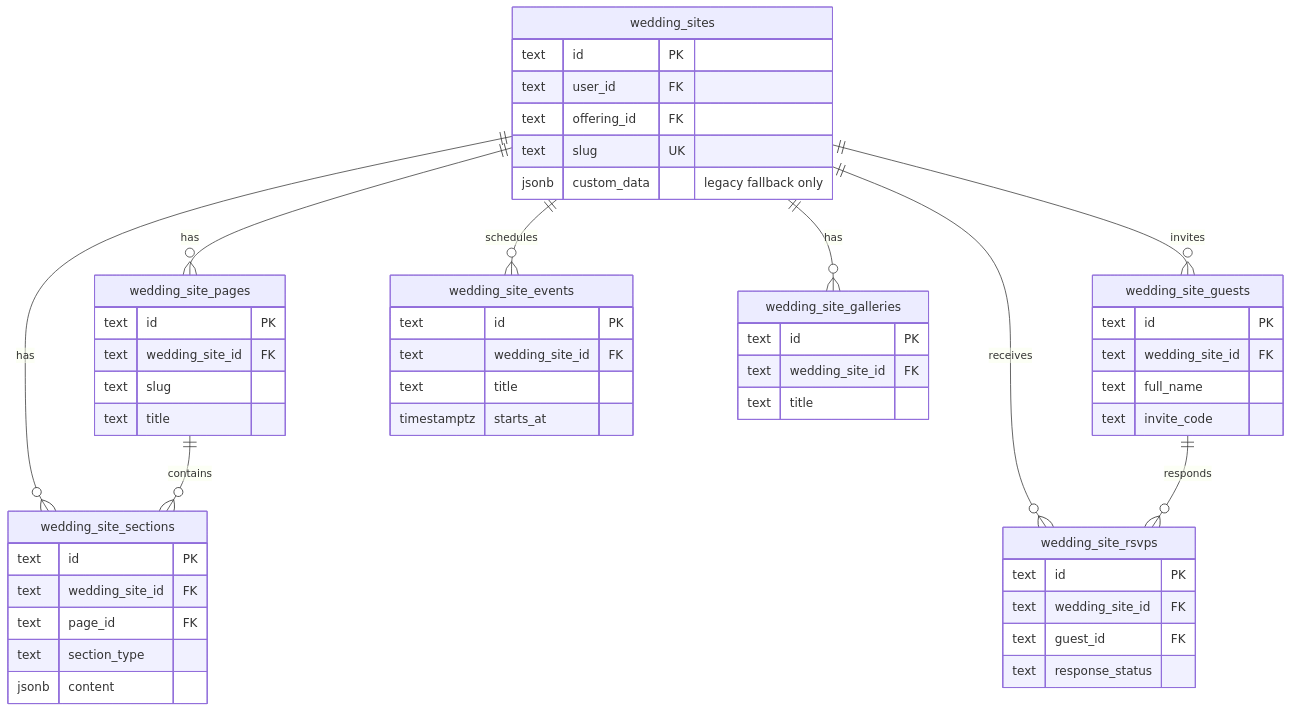
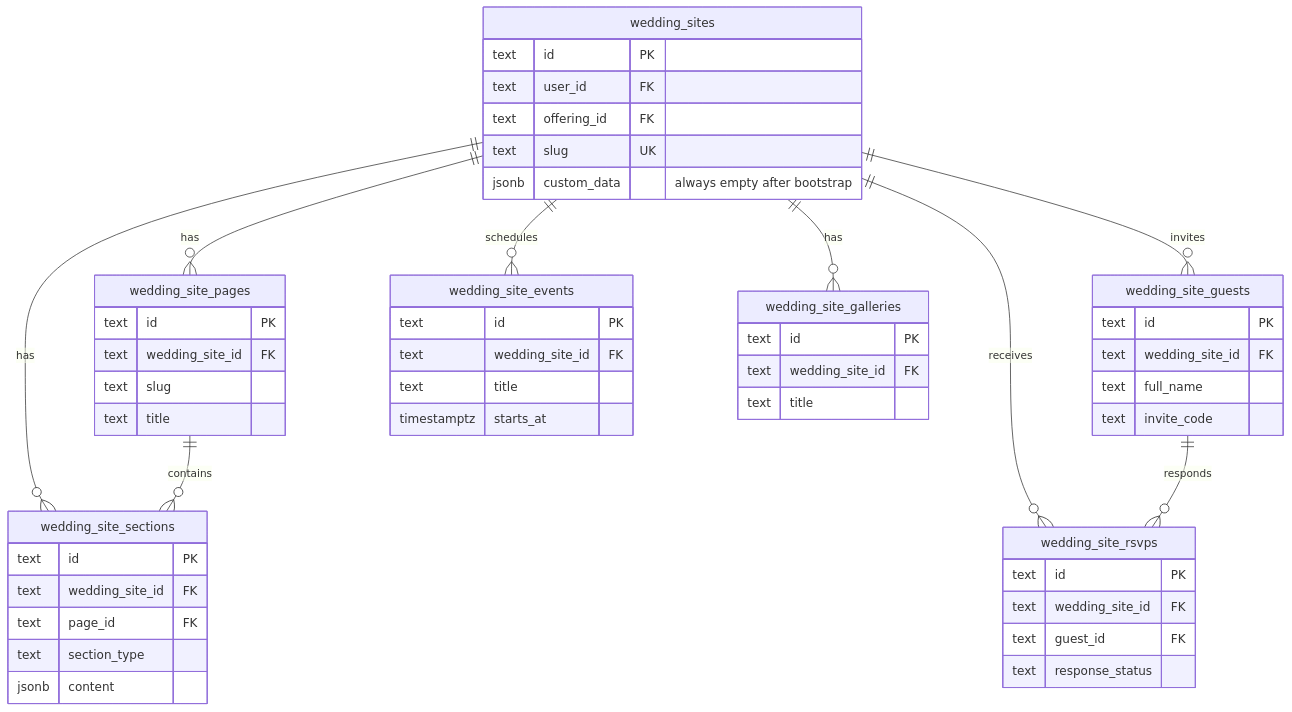
Before and after one commit to hoangpham2263/pinklove: the third of 8 diagrams in docs/schema.md, drawn with Mermaid. The commit also changed other lines of this file and 36 other files, not shown here.

````diff
--- a/docs/schema.md
+++ b/docs/schema.md
@@ -293,61 +334,61 @@
 ```mermaid
 erDiagram
   wedding_sites {
     text id PK
     text user_id FK
     text offering_id FK
     text slug UK
-    jsonb custom_data "legacy fallback only"
+    jsonb custom_data "always empty after bootstrap"
   }
 
   wedding_site_pages {
     text id PK
     text wedding_site_id FK
     text slug
     text title
   }
 
   wedding_site_sections {
     text id PK
     text wedding_site_id FK
     text page_id FK
     text section_type
     jsonb content
   }
 
   wedding_site_guests {
     text id PK
     text wedding_site_id FK
     text full_name
     text invite_code
   }
 
   wedding_site_rsvps {
     text id PK
     text wedding_site_id FK
     text guest_id FK
     text response_status
   }
 
   wedding_site_events {
     text id PK
     text wedding_site_id FK
     text title
     timestamptz starts_at
   }
 
   wedding_site_galleries {
     text id PK
     text wedding_site_id FK
     text title
   }
 
   wedding_sites ||--o{ wedding_site_pages : has
   wedding_sites ||--o{ wedding_site_sections : has
   wedding_site_pages ||--o{ wedding_site_sections : contains
   wedding_sites ||--o{ wedding_site_guests : invites
   wedding_sites ||--o{ wedding_site_rsvps : receives
   wedding_site_guests ||--o{ wedding_site_rsvps : responds
   wedding_sites ||--o{ wedding_site_events : schedules
   wedding_sites ||--o{ wedding_site_galleries : has
 ```
````
